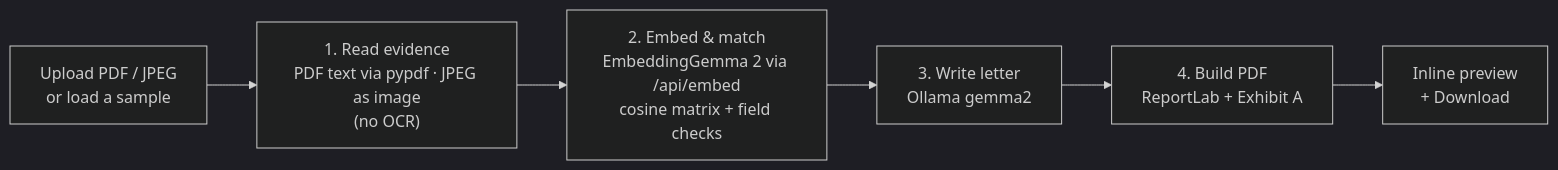
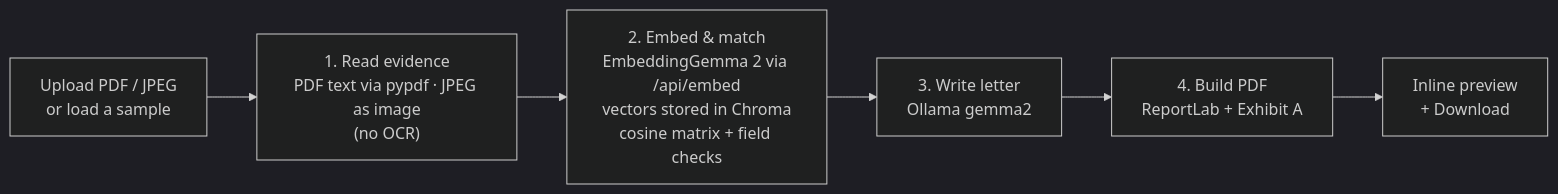
The diagram in README.md (rajatrao/payment_intelligence), drawn with Mermaid (dark theme) before and after one commit. The commit also changed other lines of this file and 11 other files, not shown here.

````diff
--- a/README.md
+++ b/README.md
@@ -20,8 +20,8 @@
 ```mermaid
 flowchart LR
     A["Upload PDF / JPEG<br/>or load a sample"] --> B["1. Read evidence<br/>PDF text via pypdf · JPEG as image<br/>(no OCR)"]
-    B --> C["2. Embed & match<br/>EmbeddingGemma 2 via /api/embed<br/>cosine matrix + field checks"]
+    B --> C["2. Embed & match<br/>EmbeddingGemma 2 via /api/embed<br/>vectors stored in Chroma<br/>cosine matrix + field checks"]
     C --> D["3. Write letter<br/>Ollama gemma2"]
     D --> E["4. Build PDF<br/>ReportLab + Exhibit A"]
     E --> F["Inline preview<br/>+ Download"]
 ```
````
